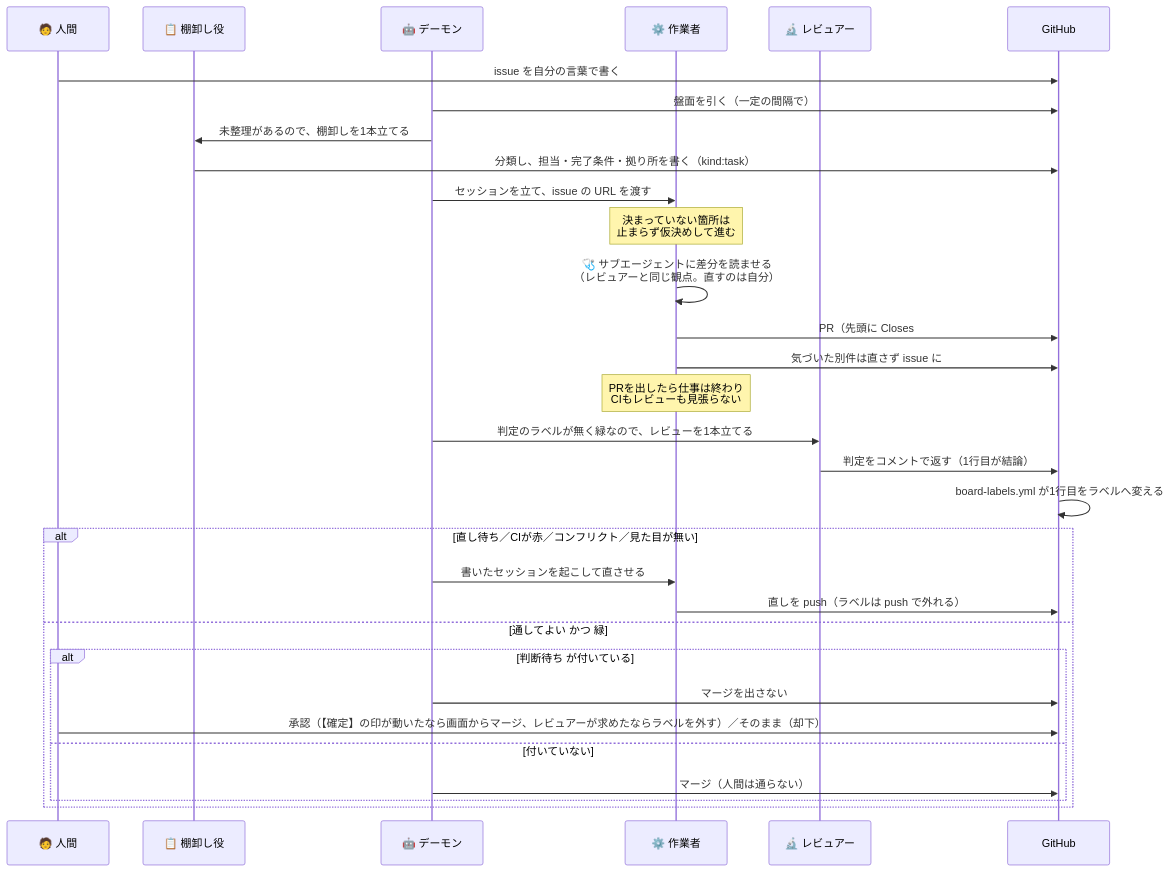
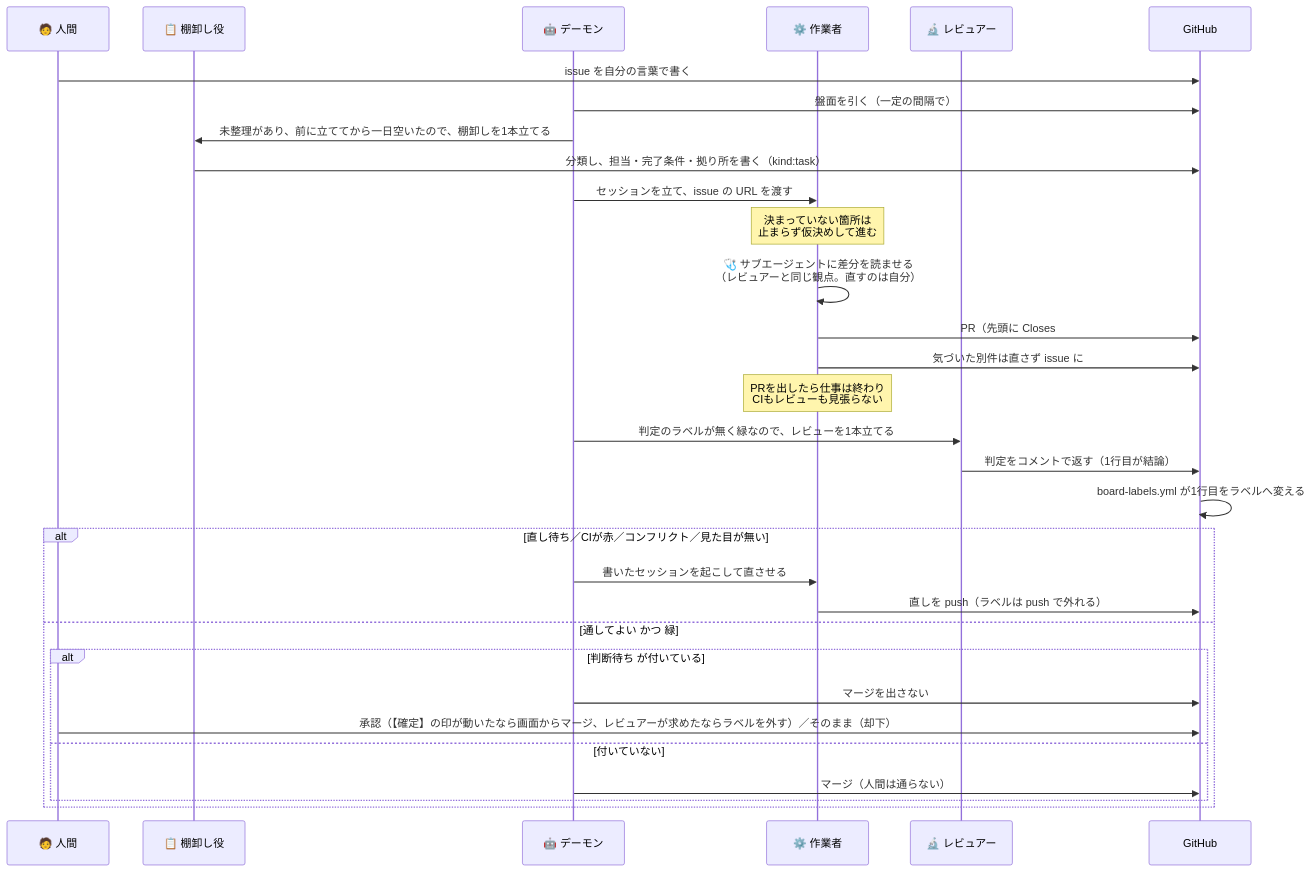
The third of 5 diagrams in docs/ParallelAgents.md (gooyyu1/UnmappedIsland), drawn with Mermaid before and after one commit. The commit also changed other lines of this file and 4 other files, not shown here.

````diff
--- a/docs/ParallelAgents.md
+++ b/docs/ParallelAgents.md
@@ -228,35 +232,35 @@
 ```mermaid
 sequenceDiagram
     participant H as 🧑 人間
     participant T as 📋 棚卸し役
     participant D as 🤖 デーモン
     participant W as ⚙️ 作業者
     participant R as 🔬 レビュアー
     participant G as GitHub
 
     H->>G: issue を自分の言葉で書く
     D->>G: 盤面を引く（一定の間隔で）
-    D->>T: 未整理があるので、棚卸しを1本立てる
+    D->>T: 未整理があり、前に立ててから一日空いたので、棚卸しを1本立てる
     T->>G: 分類し、担当・完了条件・拠り所を書く（kind:task）
     D->>W: セッションを立て、issue の URL を渡す
     Note over W: 決まっていない箇所は<br/>止まらず仮決めして進む
     W->>W: 🩺 サブエージェントに差分を読ませる<br/>（レビュアーと同じ観点。直すのは自分）
     W->>G: PR（先頭に Closes #N と ## 仮決め）
     W->>G: 気づいた別件は直さず issue に
     Note over W: PRを出したら仕事は終わり<br/>CIもレビューも見張らない
     D->>R: 判定のラベルが無く緑なので、レビューを1本立てる
     R->>G: 判定をコメントで返す（1行目が結論）
     G->>G: board-labels.yml が1行目をラベルへ変える
 
     alt 直し待ち／CIが赤／コンフリクト／見た目が無い
         D->>W: 書いたセッションを起こして直させる
         W->>G: 直しを push（ラベルは push で外れる）
     else 通してよい かつ 緑
         alt 判断待ち が付いている
             D->>G: マージを出さない
             H->>G: 承認（【確定】の印が動いたなら画面からマージ、レビュアーが求めたならラベルを外す）／そのまま（却下）
         else 付いていない
             D->>G: マージ（人間は通らない）
         end
     end
 ```
````
